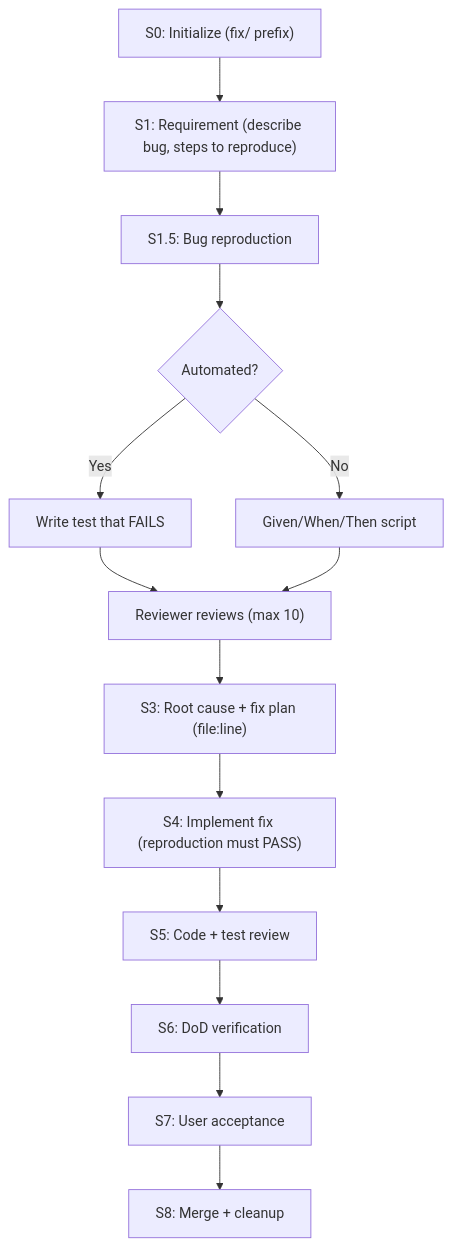
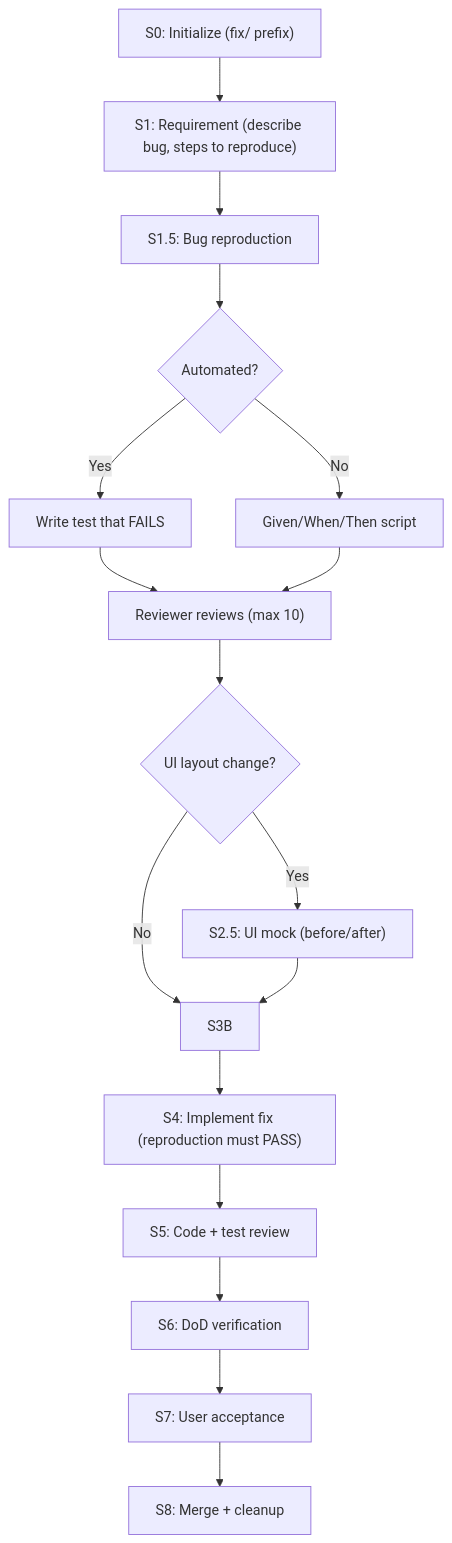
Before and after one commit to Nayeem170/KoThok: the fifth of 11 diagrams in docs/AGENTIC_PIPELINE.md, drawn with Mermaid.

Commit message:
chore: bug pipeline routes UI-changing fixes through Step 2.5 mock
After S1.5 reproduction acceptance, if the fix changes UI layout or
interaction, run Step 2.5 before Step 3. Captures before/after layout
for user visual approval before code is written.

````diff
--- a/docs/AGENTIC_PIPELINE.md
+++ b/docs/AGENTIC_PIPELINE.md
@@ -192,16 +192,19 @@
 ```mermaid
 flowchart TD
     S0B["S0: Initialize (fix/ prefix)"] --> S1B["S1: Requirement (describe bug, steps to reproduce)"]
     S1B --> S15["S1.5: Bug reproduction"]
     S15 --> R15{"Automated?"}
     R15 -- Yes --> R15a["Write test that FAILS"]
     R15 -- No --> R15b["Given/When/Then script"]
     R15a --> R15r["Reviewer reviews (max 10)"]
     R15b --> R15r
-    R15r --> S3B["S3: Root cause + fix plan (file:line)"]
+    R15r --> UI2{"UI layout change?"}
+    UI2 -- Yes --> S25B["S2.5: UI mock (before/after)"]
+    UI2 -- No --> S3B
+    S25B --> S3B
     S3B --> S4B["S4: Implement fix (reproduction must PASS)"]
     S4B --> S5B["S5: Code + test review"]
     S5B --> S6B["S6: DoD verification"]
     S6B --> S7B["S7: User acceptance"]
     S7B --> S8B["S8: Merge + cleanup"]
 ```
````
